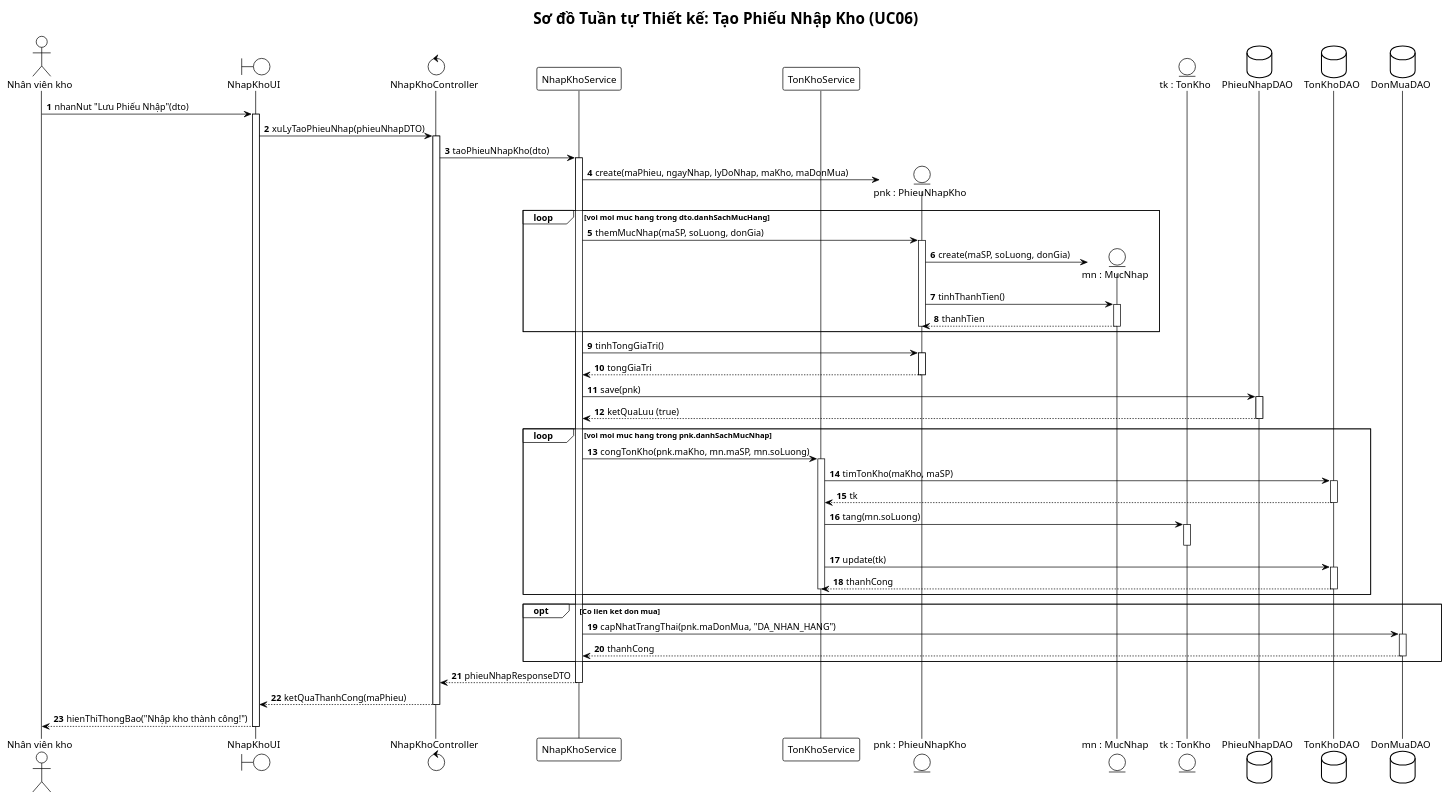
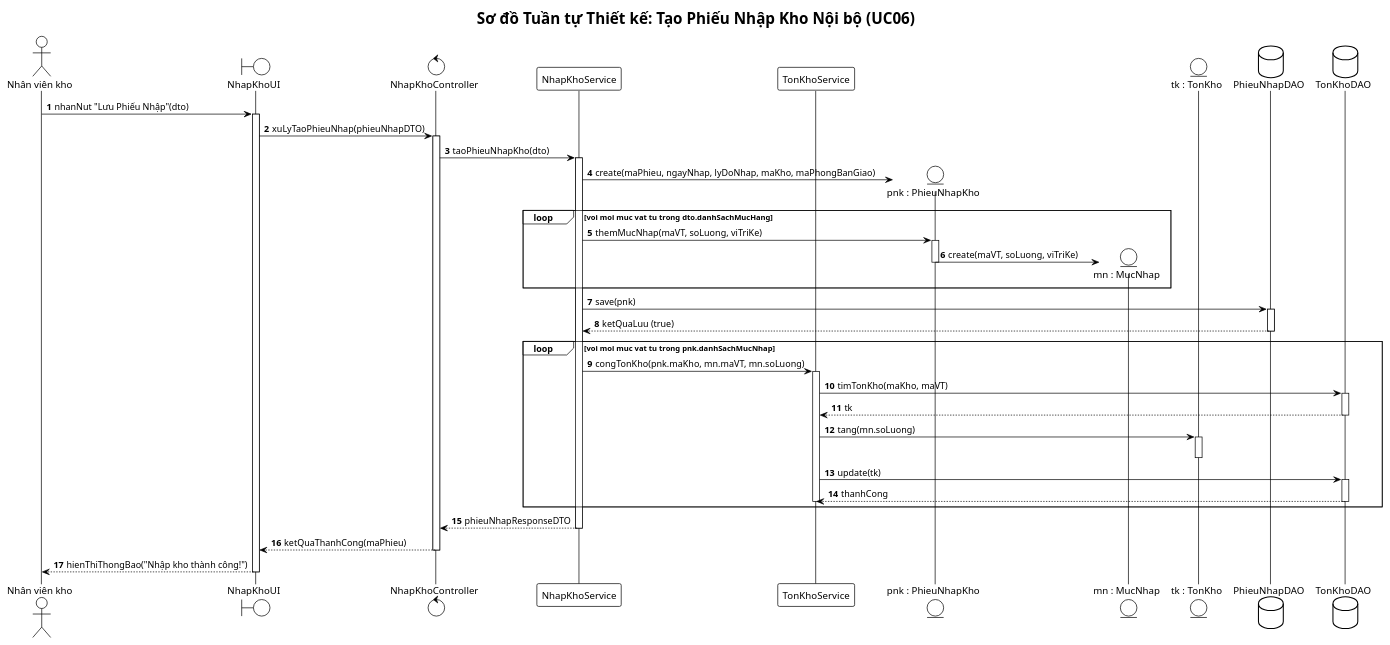
The first of 3 diagrams in BTL-QuanLyKhoHang/plantuml/sequence-diagrams.puml (vuhoabinh2416137/G8_Quanlysanphamvakhohang), drawn with PlantUML before and after one commit. The commit also changed other lines of this file and 73 other files, not shown here.

Commit message:
refactor: chuyen doi toan bo du an sang Quan ly Kho vat tu noi bo to chuc va bo sung ke hoach phan cong 7 thanh vien

```diff
--- a/BTL-QuanLyKhoHang/plantuml/sequence-diagrams.puml
+++ b/BTL-QuanLyKhoHang/plantuml/sequence-diagrams.puml
@@ -1,88 +1,70 @@
 @startuml sequence-nhap-kho
 !theme plain
 autonumber
 skinparam responseMessageBelowArrow true
 skinparam defaultFontName "Arial"
 
-title Sơ đồ Tuần tự Thiết kế: Tạo Phiếu Nhập Kho (UC06)
+title Sơ đồ Tuần tự Thiết kế: Tạo Phiếu Nhập Kho Nội bộ (UC06)
 
 actor "Nhân viên kho" as NV
 boundary "NhapKhoUI" as UI
 control "NhapKhoController" as Ctrl
 participant "NhapKhoService" as Service
 participant "TonKhoService" as TKKService
 entity "pnk : PhieuNhapKho" as PNK
 entity "mn : MucNhap" as MN
 entity "tk : TonKho" as TK
 database "PhieuNhapDAO" as PNDAO
 database "TonKhoDAO" as TKDAO
-database "DonMuaDAO" as PODAO
 
 NV -> UI: nhanNut "Lưu Phiếu Nhập"(dto)
 activate UI
 UI -> Ctrl: xuLyTaoPhieuNhap(phieuNhapDTO)
 activate Ctrl
 
 Ctrl -> Service: taoPhieuNhapKho(dto)
 activate Service
 
-Service -> PNK**: create(maPhieu, ngayNhap, lyDoNhap, maKho, maDonMua)
+Service -> PNK**: create(maPhieu, ngayNhap, lyDoNhap, maKho, maPhongBanGiao)
 
-loop voi moi muc hang trong dto.danhSachMucHang
-    Service -> PNK: themMucNhap(maSP, soLuong, donGia)
+loop voi moi muc vat tu trong dto.danhSachMucHang
+    Service -> PNK: themMucNhap(maVT, soLuong, viTriKe)
     activate PNK
-    PNK -> MN**: create(maSP, soLuong, donGia)
-    PNK -> MN: tinhThanhTien()
-    activate MN
-    MN --> PNK: thanhTien
-    deactivate MN
+    PNK -> MN**: create(maVT, soLuong, viTriKe)
     deactivate PNK
 end
-
-Service -> PNK: tinhTongGiaTri()
-activate PNK
-PNK --> Service: tongGiaTri
-deactivate PNK
 
 Service -> PNDAO: save(pnk)
 activate PNDAO
 PNDAO --> Service: ketQuaLuu (true)
 deactivate PNDAO
 
 ' Cập nhật tồn kho
-loop voi moi muc hang trong pnk.danhSachMucNhap
-    Service -> TKKService: congTonKho(pnk.maKho, mn.maSP, mn.soLuong)
+loop voi moi muc vat tu trong pnk.danhSachMucNhap
+    Service -> TKKService: congTonKho(pnk.maKho, mn.maVT, mn.soLuong)
     activate TKKService
-    TKKService -> TKDAO: timTonKho(maKho, maSP)
+    TKKService -> TKDAO: timTonKho(maKho, maVT)
     activate TKDAO
     TKDAO --> TKKService: tk
     deactivate TKDAO
     
     TKKService -> TK: tang(mn.soLuong)
     activate TK
     deactivate TK
     
     TKKService -> TKDAO: update(tk)
     activate TKDAO
     TKDAO --> TKKService: thanhCong
     deactivate TKDAO
     deactivate TKKService
 end
 
-' Cập nhật đơn mua
-opt Co lien ket don mua
-    Service -> PODAO: capNhatTrangThai(pnk.maDonMua, "DA_NHAN_HANG")
-    activate PODAO
-    PODAO --> Service: thanhCong
-    deactivate PODAO
-end
-
 Service --> Ctrl: phieuNhapResponseDTO
 deactivate Service
 
 Ctrl --> UI: ketQuaThanhCong(maPhieu)
 deactivate Ctrl
 
 UI --> NV: hienThiThongBao("Nhập kho thành công!")
 deactivate UI
 @enduml
```
